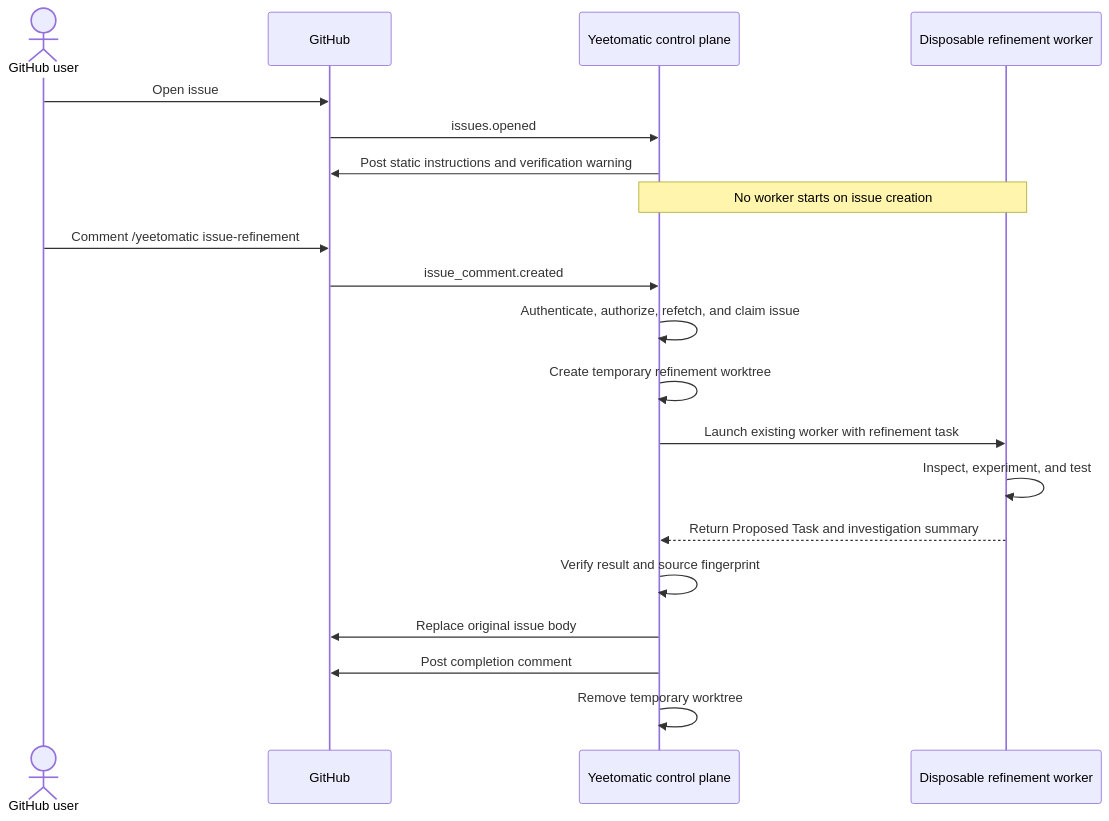
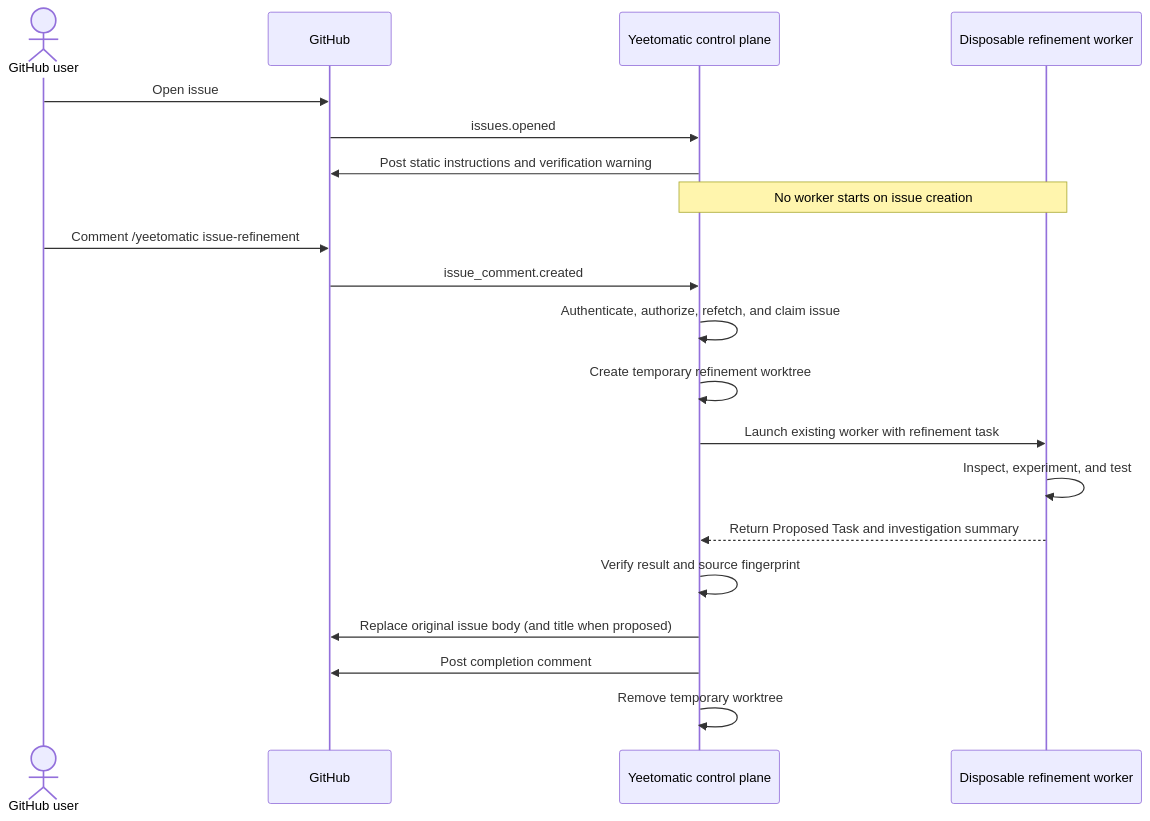
The diagram in design/issue-refinement.md (mbrooks/yolomatic), drawn with Mermaid before and after one commit. The commit also changed other lines of this file and 19 other files, not shown here.

````diff
--- a/design/issue-refinement.md
+++ b/design/issue-refinement.md
@@ -190,23 +197,23 @@
 ```mermaid
 sequenceDiagram
     actor User as GitHub user
     participant GH as GitHub
     participant CP as Yeetomatic control plane
     participant Worker as Disposable refinement worker
 
     User->>GH: Open issue
     GH->>CP: issues.opened
     CP->>GH: Post static instructions and verification warning
     Note over CP,Worker: No worker starts on issue creation
     User->>GH: Comment /yeetomatic issue-refinement
     GH->>CP: issue_comment.created
     CP->>CP: Authenticate, authorize, refetch, and claim issue
     CP->>CP: Create temporary refinement worktree
     CP->>Worker: Launch existing worker with refinement task
     Worker->>Worker: Inspect, experiment, and test
     Worker-->>CP: Return Proposed Task and investigation summary
     CP->>CP: Verify result and source fingerprint
-    CP->>GH: Replace original issue body
+    CP->>GH: Replace original issue body (and title when proposed)
     CP->>GH: Post completion comment
     CP->>CP: Remove temporary worktree
 ```
````
